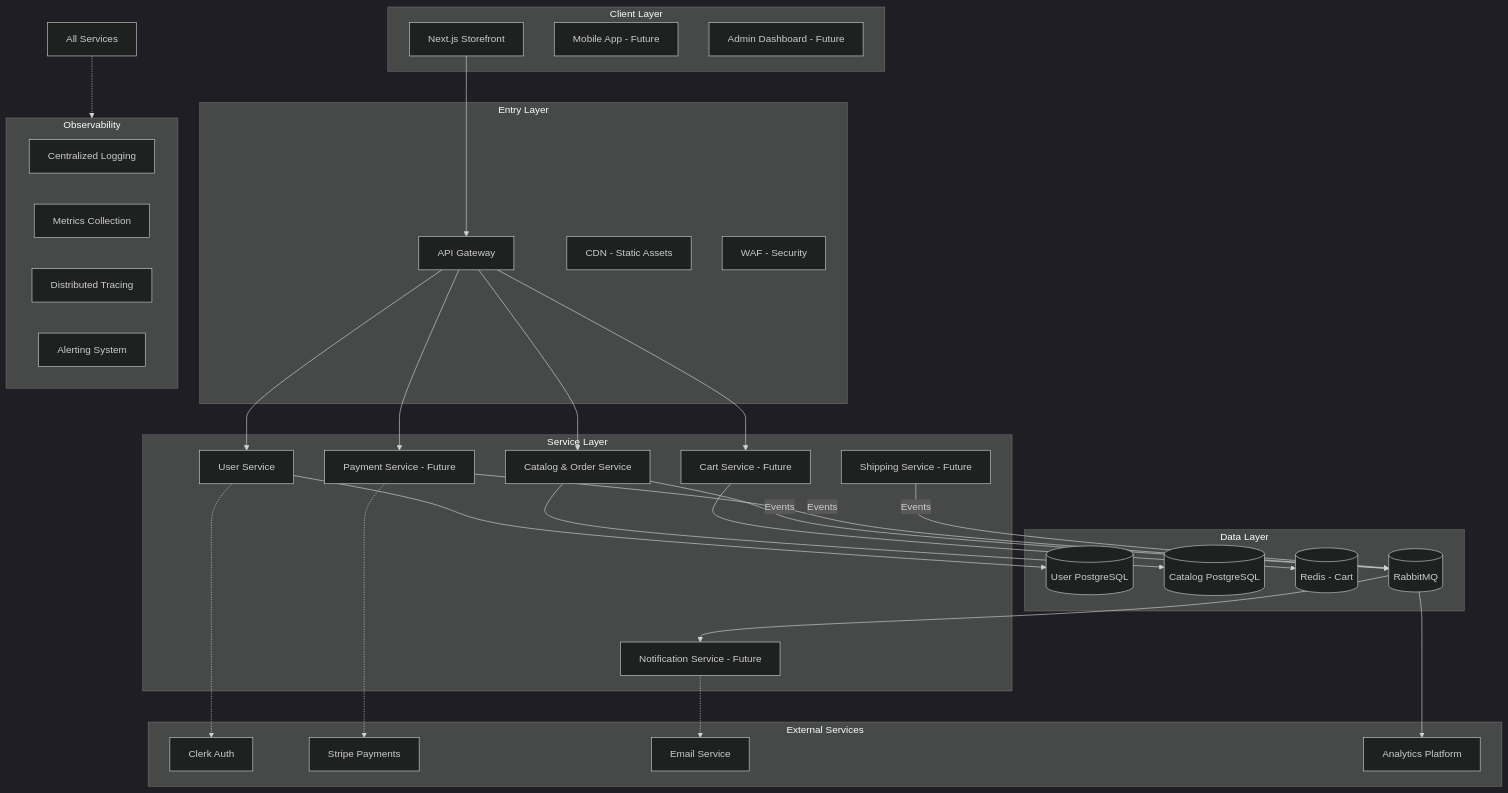
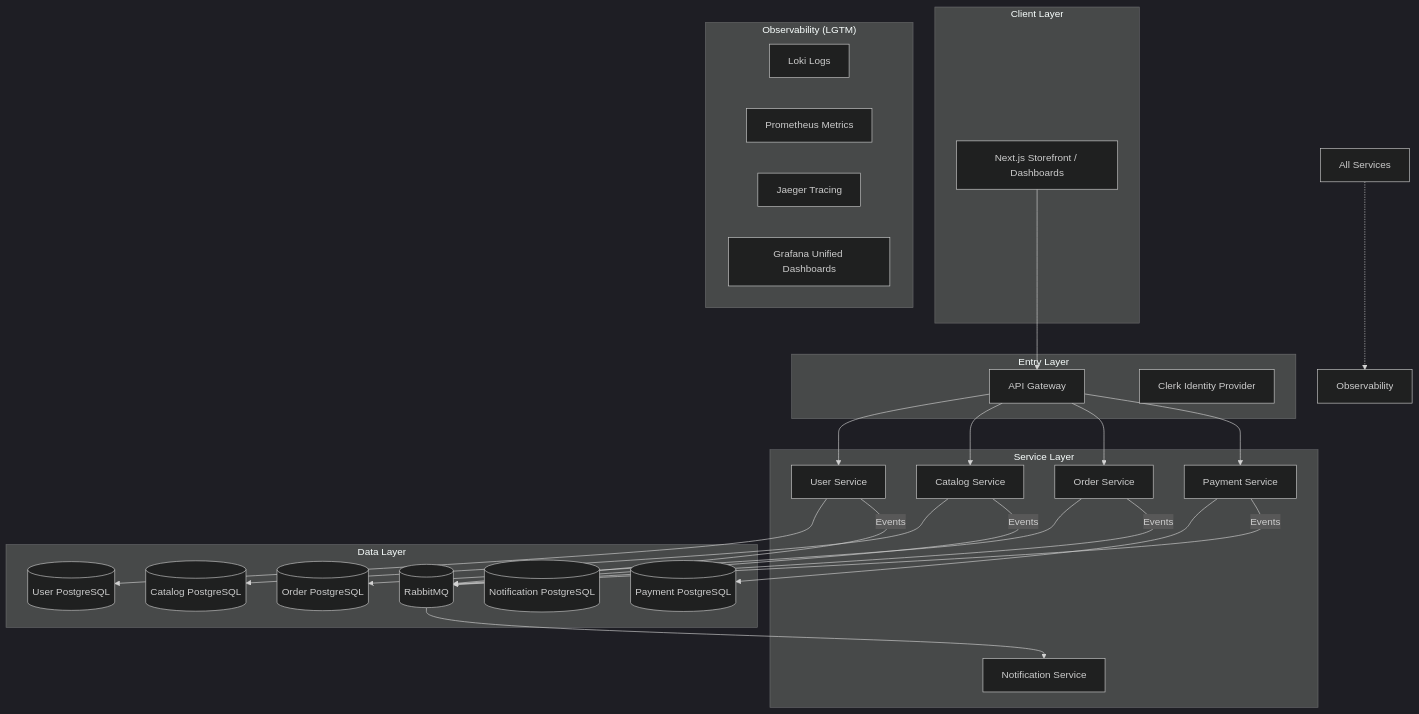
Before and after one commit to AmitxParmar/modular-mart-microservices: the first of 2 diagrams in prd/02-system-design.md, drawn with Mermaid (dark theme). The commit also changed other lines of this file and 13 other files, not shown here.

````diff
--- a/prd/02-system-design.md
+++ b/prd/02-system-design.md
@@ -9,67 +7,55 @@
 ```mermaid
 graph TB
     subgraph "Client Layer"
-        Web[Next.js Storefront]
-        Mobile[Mobile App - Future]
-        Admin[Admin Dashboard - Future]
+        Web[Next.js Storefront / Dashboards]
     end
 
     subgraph "Entry Layer"
         Gateway[API Gateway]
-        CDN[CDN - Static Assets]
-        WAF[WAF - Security]
+        Auth[Clerk Identity Provider]
     end
 
     subgraph "Service Layer"
         UserSvc[User Service]
-        CatalogSvc[Catalog & Order Service]
-        CartSvc[Cart Service - Future]
-        PaymentSvc[Payment Service - Future]
-        NotificationSvc[Notification Service - Future]
-        ShippingSvc[Shipping Service - Future]
+        CatalogSvc[Catalog Service]
+        OrderSvc[Order Service]
+        PaymentSvc[Payment Service]
+        NotificationSvc[Notification Service]
     end
 
     subgraph "Data Layer"
         UserDB[(User PostgreSQL)]
         CatalogDB[(Catalog PostgreSQL)]
-        CartRedis[(Redis - Cart)]
+        OrderDB[(Order PostgreSQL)]
+        PaymentDB[(Payment PostgreSQL)]
+        NotifDB[(Notification PostgreSQL)]
         EventBus[(RabbitMQ)]
     end
 
-    subgraph "External Services"
-        Clerk[Clerk Auth]
-        Stripe[Stripe Payments]
-        Email[Email Service]
-        Analytics[Analytics Platform]
-    end
-
-    subgraph "Observability"
-        Logs[Centralized Logging]
-        Metrics[Metrics Collection]
-        Tracing[Distributed Tracing]
-        Alerts[Alerting System]
+    subgraph "Observability (LGTM)"
+        Loki[Loki Logs]
+        Prom[Prometheus Metrics]
+        Jaeger[Jaeger Tracing]
+        Grafana[Grafana Unified Dashboards]
     end
 
     Web --> Gateway
     Gateway --> UserSvc
     Gateway --> CatalogSvc
-    Gateway --> CartSvc
+    Gateway --> OrderSvc
     Gateway --> PaymentSvc
 
     UserSvc --> UserDB
     CatalogSvc --> CatalogDB
-    CartSvc --> CartRedis
+    OrderSvc --> OrderDB
+    PaymentSvc --> PaymentDB
 
+    OrderSvc -- Events --> EventBus
     CatalogSvc -- Events --> EventBus
     PaymentSvc -- Events --> EventBus
-    ShippingSvc -- Events --> EventBus
+    UserSvc -- Events --> EventBus
 
     EventBus --> NotificationSvc
-    EventBus --> Analytics
-
-    UserSvc -.-> Clerk
-    PaymentSvc -.-> Stripe
-    NotificationSvc -.-> Email
 
     AllServices[All Services] -.-> Observability
 ```
````
